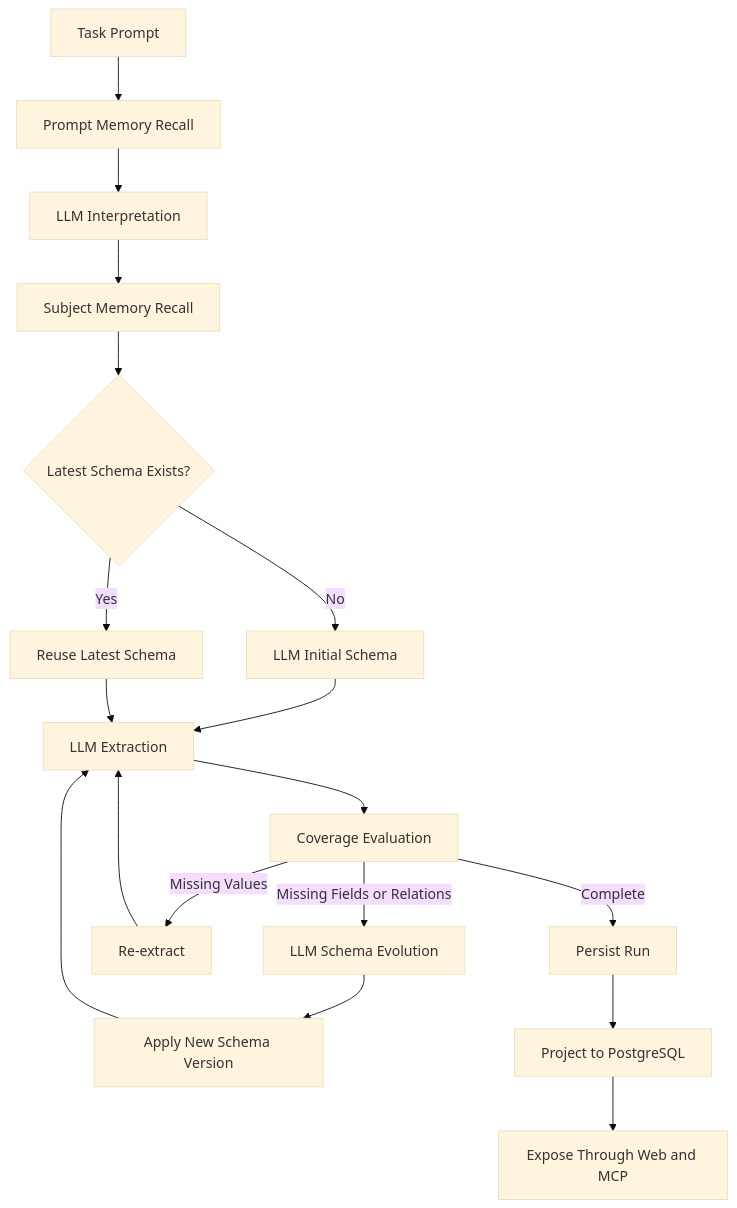
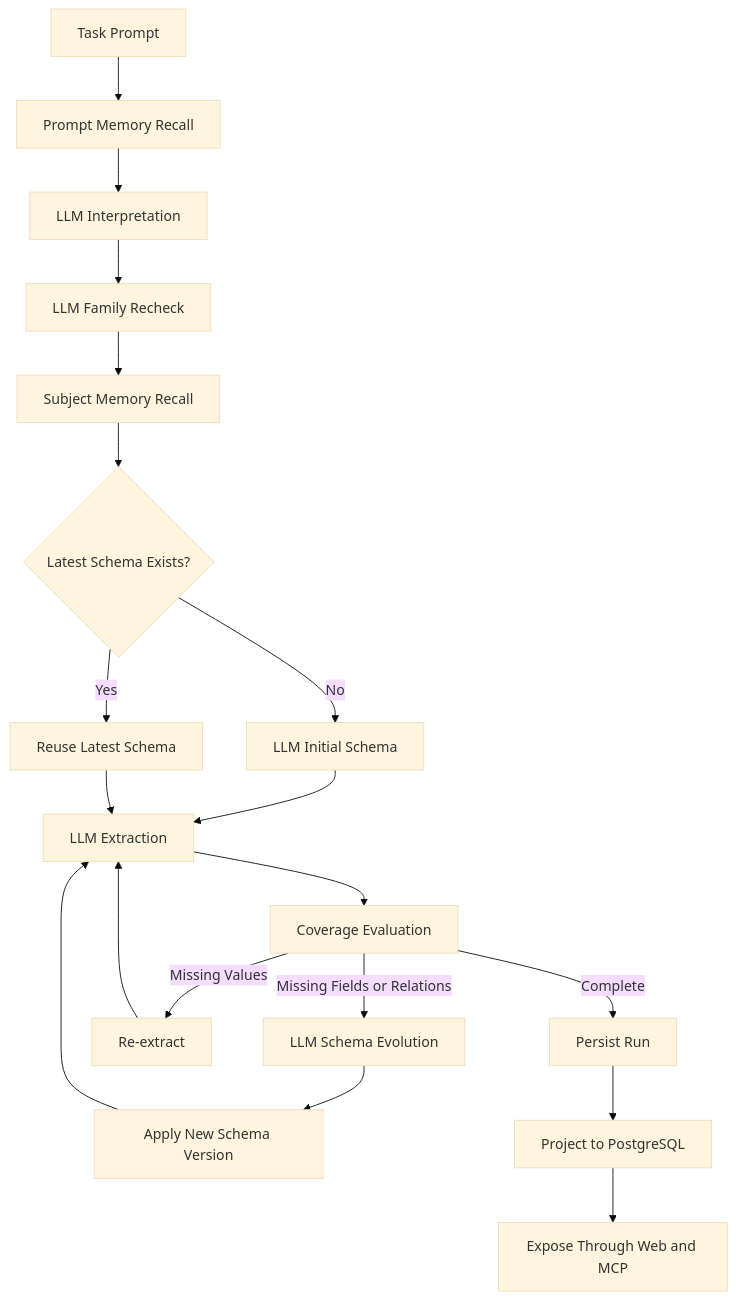
The second of 2 diagrams in docs/ARCHITECTURE.md (kawayuta/TraceRelay), drawn with Mermaid (base theme) before and after one commit. The commit also changed other lines of this file and 15 other files, not shown here.

Commit message:
feat: recheck task family before schema selection

````diff
--- a/docs/ARCHITECTURE.md
+++ b/docs/ARCHITECTURE.md
@@ -22,20 +22,21 @@
 ```mermaid
 flowchart TD
     A[Task Prompt] --> B[Prompt Memory Recall]
     B --> C[LLM Interpretation]
-    C --> D[Subject Memory Recall]
-    D --> E{Latest Schema Exists?}
-    E -->|No| F[LLM Initial Schema]
-    E -->|Yes| G[Reuse Latest Schema]
-    F --> H[LLM Extraction]
-    G --> H
-    H --> I[Coverage Evaluation]
-    I -->|Complete| J[Persist Run]
-    I -->|Missing Values| K[Re-extract]
-    K --> H
-    I -->|Missing Fields or Relations| L[LLM Schema Evolution]
-    L --> M[Apply New Schema Version]
-    M --> H
-    J --> N[Project to PostgreSQL]
-    N --> O[Expose Through Web and MCP]
+    C --> D[LLM Family Recheck]
+    D --> E[Subject Memory Recall]
+    E --> F{Latest Schema Exists?}
+    F -->|No| G[LLM Initial Schema]
+    F -->|Yes| H[Reuse Latest Schema]
+    G --> I[LLM Extraction]
+    H --> I
+    I --> J[Coverage Evaluation]
+    J -->|Complete| K[Persist Run]
+    J -->|Missing Values| L[Re-extract]
+    L --> I
+    J -->|Missing Fields or Relations| M[LLM Schema Evolution]
+    M --> N[Apply New Schema Version]
+    N --> I
+    K --> O[Project to PostgreSQL]
+    O --> P[Expose Through Web and MCP]
 ```
````
